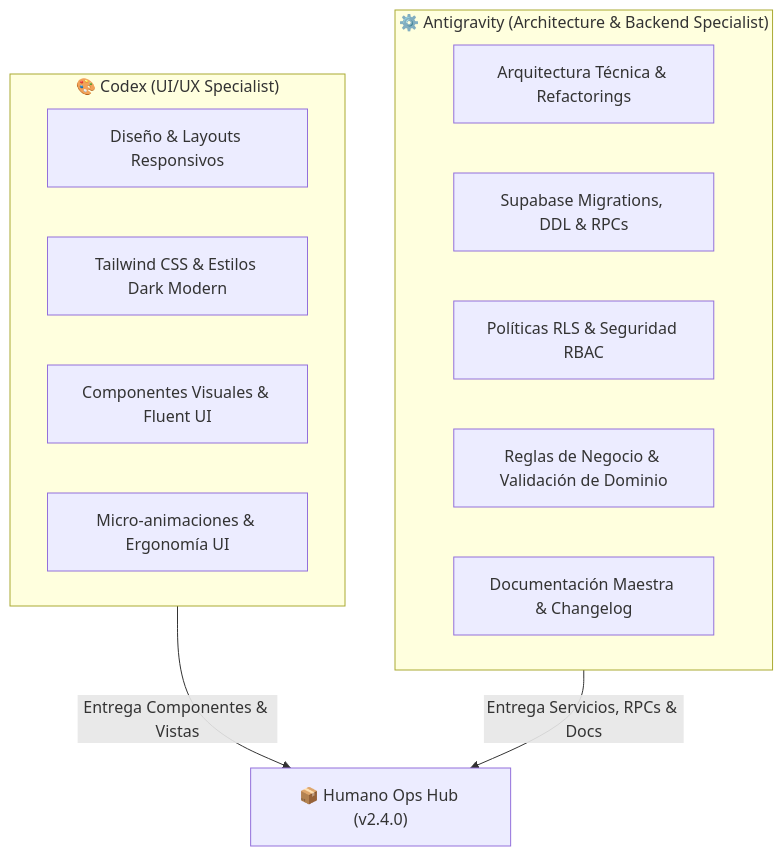
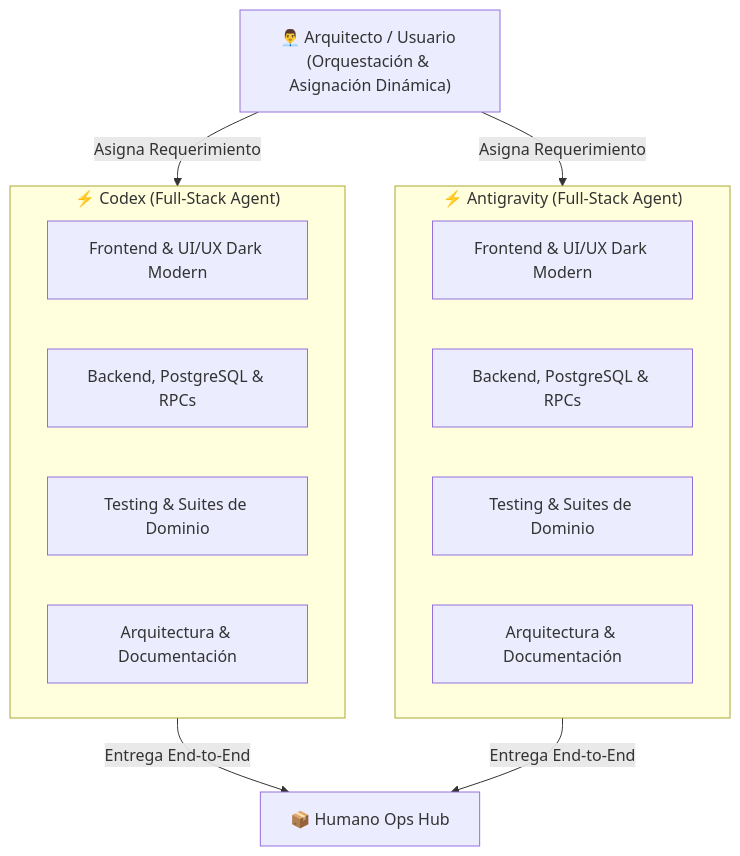
The diagram in AGENTS.md (Mister-3/humano-ops-hub-spfx), drawn with Mermaid before and after one commit. The commit also changed other lines of this file and 1 other file, not shown here.

Commit message:
docs(agents): [antigravity] actualizar modelo de agentes a full-stack generalista

````diff
--- a/AGENTS.md
+++ b/AGENTS.md
@@ -17,20 +17,24 @@
 ```mermaid
 graph TD
-    subgraph Codex["🎨 Codex (UI/UX Specialist)"]
-        C1[Diseño & Layouts Responsivos]
-        C2[Tailwind CSS & Estilos Dark Modern]
-        C3[Componentes Visuales & Fluent UI]
-        C4[Micro-animaciones & Ergonomía UI]
+    User["👨‍💼 Arquitecto / Usuario (Orquestación & Asignación Dinámica)"]
+
+    subgraph Codex["⚡ Codex (Full-Stack Agent)"]
+        C1[Frontend & UI/UX Dark Modern]
+        C2[Backend, PostgreSQL & RPCs]
+        C3[Testing & Suites de Dominio]
+        C4[Arquitectura & Documentación]
     end
 
-    subgraph Antigravity["⚙️ Antigravity (Architecture & Backend Specialist)"]
-        A1[Arquitectura Técnica & Refactorings]
-        A2[Supabase Migrations, DDL & RPCs]
-        A3[Políticas RLS & Seguridad RBAC]
-        A4[Reglas de Negocio & Validación de Dominio]
-        A5[Documentación Maestra & Changelog]
+    subgraph Antigravity["⚡ Antigravity (Full-Stack Agent)"]
+        A1[Frontend & UI/UX Dark Modern]
+        A2[Backend, PostgreSQL & RPCs]
+        A3[Testing & Suites de Dominio]
+        A4[Arquitectura & Documentación]
     end
 
-    Codex -->|Entrega Componentes & Vistas| Hub["📦 Humano Ops Hub (v2.4.0)"]
-    Antigravity -->|Entrega Servicios, RPCs & Docs| Hub
+    User -->|Asigna Requerimiento| Codex
+    User -->|Asigna Requerimiento| Antigravity
+
+    Codex -->|Entrega End-to-End| Hub["📦 Humano Ops Hub"]
+    Antigravity -->|Entrega End-to-End| Hub
 ```
````
